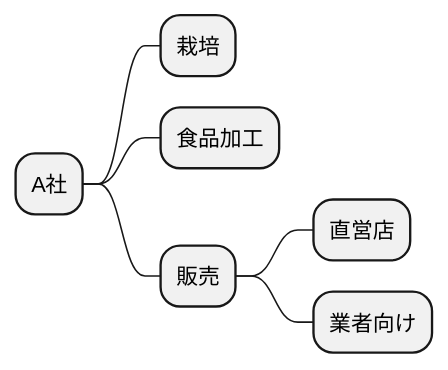
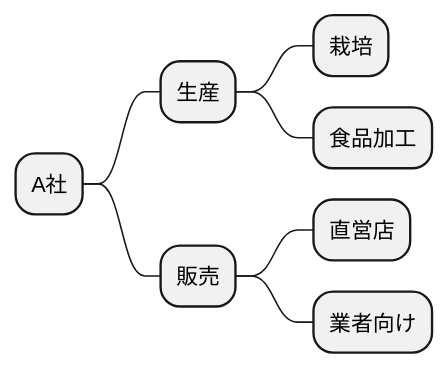
The sixth of 15 diagrams in docs/R04/study/take01.md (k2works/requirements_definition_excercise), drawn with PlantUML before and after one commit. The commit also changed other lines of this file, not shown here.

````diff
--- a/docs/R04/study/take01.md
+++ b/docs/R04/study/take01.md
@@ -75,10 +166,11 @@
 ```plantuml
 @startmindmap
 * A社
-** 栽培
-** 食品加工
+** 生産
+*** 栽培
+*** 食品加工
 ** 販売
 *** 直営店
 *** 業者向け
 @endmindmap
 ```
````
